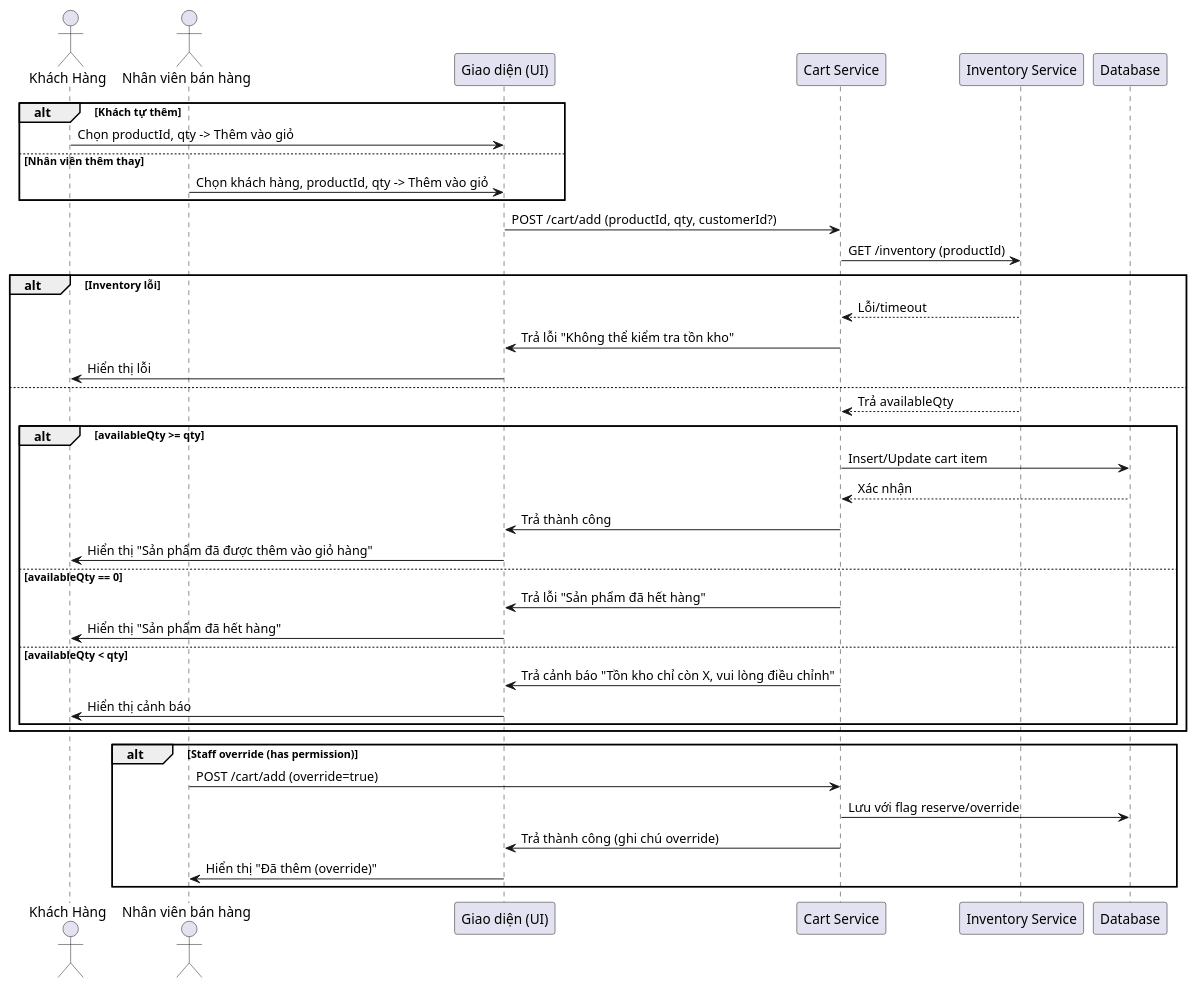
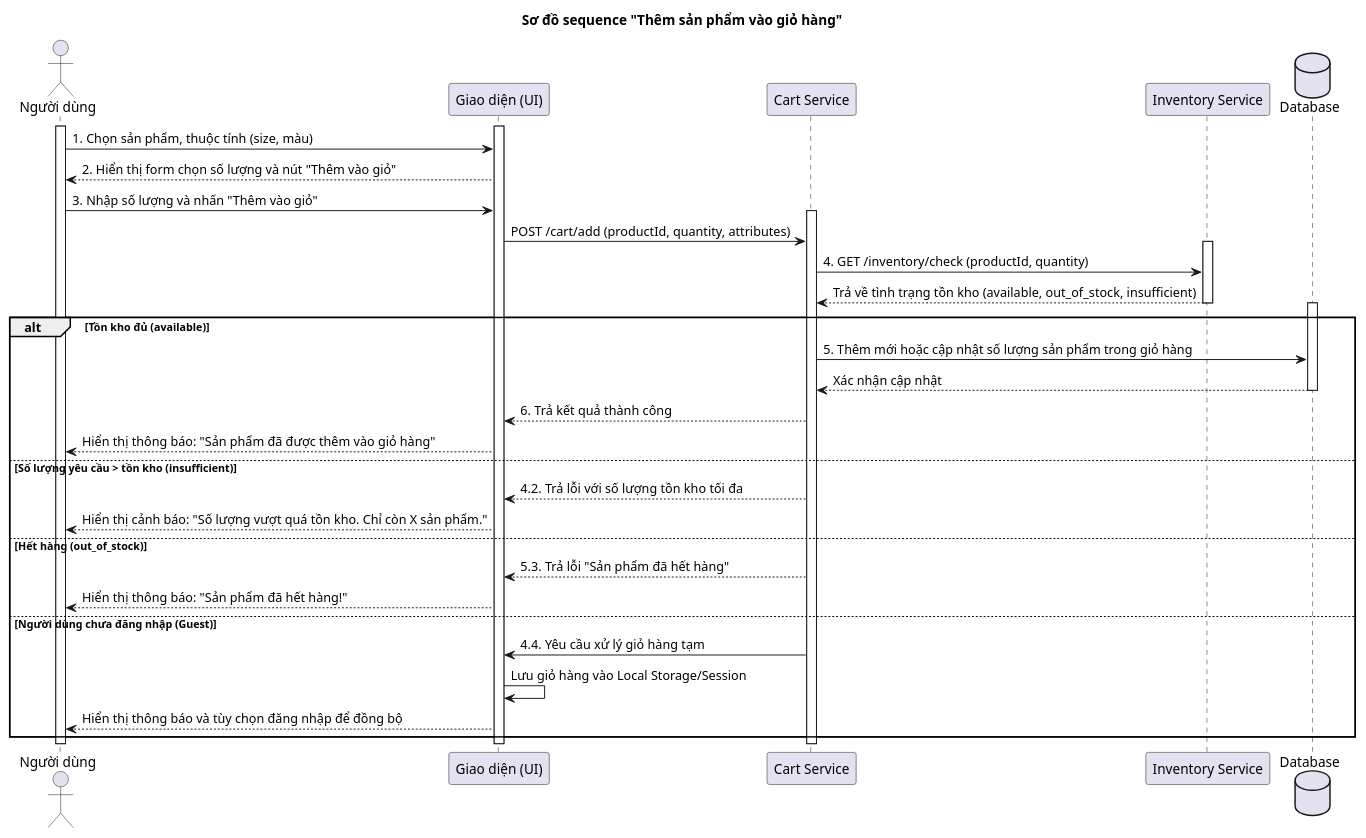
One commit to loc2k3iuh/nhom108-kltn changed the diagram in kltn-frontend/diagrams/sequence/them-vao-gio-hang.wsd. Above: the diagram before and after it, drawn with PlantUML. The commit also changed 1 other file, not shown here.

Commit message:
modify activity and sequence diagrams add product to cart

```diff
--- a/kltn-frontend/diagrams/sequence/them-vao-gio-hang.wsd
+++ b/kltn-frontend/diagrams/sequence/them-vao-gio-hang.wsd
@@ -1,42 +1,51 @@
 @startuml
-actor "Khách Hàng" as Customer
-actor "Nhân viên bán hàng" as Staff
+title Sơ đồ sequence "Thêm sản phẩm vào giỏ hàng"
+
+actor "Người dùng" as User
 participant "Giao diện (UI)" as UI
-participant "Cart Service" as Cart
-participant "Inventory Service" as Inventory
-participant "Database" as DB
+participant "Cart Service" as CartService
+participant "Inventory Service" as InventoryService
+database "Database" as DB
 
-alt Khách tự thêm
-  Customer -> UI: Chọn productId, qty -> Thêm vào giỏ
-else Nhân viên thêm thay
-  Staff -> UI: Chọn khách hàng, productId, qty -> Thêm vào giỏ
-end
-UI -> Cart: POST /cart/add (productId, qty, customerId?)
-Cart -> Inventory: GET /inventory (productId)
-alt Inventory lỗi
-  Inventory --> Cart: Lỗi/timeout
-  Cart -> UI: Trả lỗi "Không thể kiểm tra tồn kho"
-  UI -> Customer: Hiển thị lỗi
-else
-  Inventory --> Cart: Trả availableQty
-  alt availableQty >= qty
-    Cart -> DB: Insert/Update cart item
-    DB --> Cart: Xác nhận
-    Cart -> UI: Trả thành công
-    UI -> Customer: Hiển thị "Sản phẩm đã được thêm vào giỏ hàng"
-  else availableQty == 0
-    Cart -> UI: Trả lỗi "Sản phẩm đã hết hàng"
-    UI -> Customer: Hiển thị "Sản phẩm đã hết hàng"
-  else availableQty < qty
-    Cart -> UI: Trả cảnh báo "Tồn kho chỉ còn X, vui lòng điều chỉnh"
-    UI -> Customer: Hiển thị cảnh báo
-  end
+activate User
+activate UI
+
+User -> UI: 1. Chọn sản phẩm, thuộc tính (size, màu)
+UI --> User: 2. Hiển thị form chọn số lượng và nút "Thêm vào giỏ"
+User -> UI: 3. Nhập số lượng và nhấn "Thêm vào giỏ"
+
+activate CartService
+UI -> CartService: POST /cart/add (productId, quantity, attributes)
+
+activate InventoryService
+CartService -> InventoryService: 4. GET /inventory/check (productId, quantity)
+InventoryService --> CartService: Trả về tình trạng tồn kho (available, out_of_stock, insufficient)
+deactivate InventoryService
+
+alt Tồn kho đủ (available)
+    activate DB
+    CartService -> DB: 5. Thêm mới hoặc cập nhật số lượng sản phẩm trong giỏ hàng
+    DB --> CartService: Xác nhận cập nhật
+    deactivate DB
+    CartService --> UI: 6. Trả kết quả thành công
+    UI --> User: Hiển thị thông báo: "Sản phẩm đã được thêm vào giỏ hàng"
+
+else Số lượng yêu cầu > tồn kho (insufficient)
+    CartService --> UI: 4.2. Trả lỗi với số lượng tồn kho tối đa
+    UI --> User: Hiển thị cảnh báo: "Số lượng vượt quá tồn kho. Chỉ còn X sản phẩm."
+
+else Hết hàng (out_of_stock)
+    CartService --> UI: 5.3. Trả lỗi "Sản phẩm đã hết hàng"
+    UI --> User: Hiển thị thông báo: "Sản phẩm đã hết hàng!"
+
+else Người dùng chưa đăng nhập (Guest)
+    CartService -> UI: 4.4. Yêu cầu xử lý giỏ hàng tạm
+    UI -> UI: Lưu giỏ hàng vào Local Storage/Session
+    UI --> User: Hiển thị thông báo và tùy chọn đăng nhập để đồng bộ
 end
 
-alt Staff override (has permission)
-  Staff -> Cart: POST /cart/add (override=true)
-  Cart -> DB: Lưu với flag reserve/override
-  Cart -> UI: Trả thành công (ghi chú override)
-  UI -> Staff: Hiển thị "Đã thêm (override)"
-end
+deactivate CartService
+deactivate UI
+deactivate User
+
 @enduml
```
